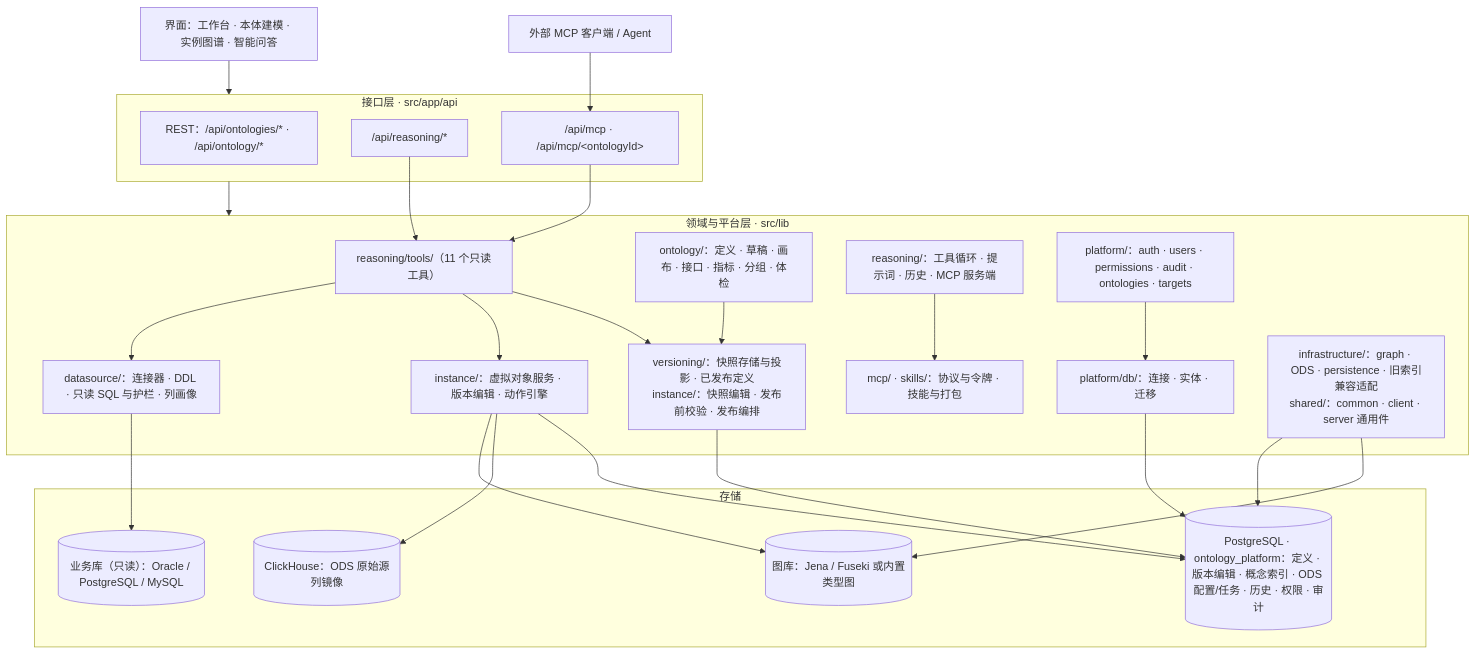
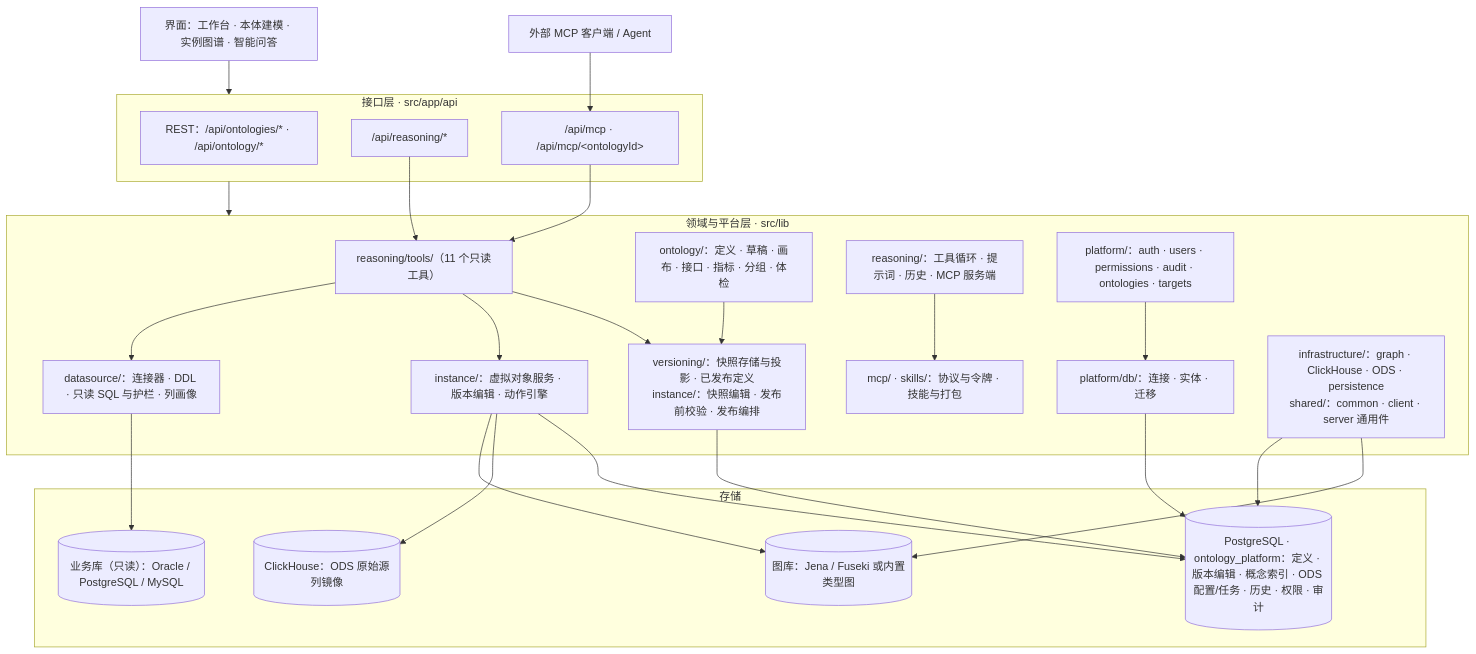
The second of 2 diagrams in README.md (shell-nlp/ontology_management), drawn with Mermaid before and after one commit. The commit also changed other lines of this file and 76 other files, not shown here.

````diff
--- a/README.md
+++ b/README.md
@@ -796,51 +793,51 @@
 ```mermaid
 flowchart TB
   UI["界面：工作台 · 本体建模 · 实例图谱 · 智能问答"]
   EXT["外部 MCP 客户端 / Agent"]
 
   subgraph L_API["接口层 · src/app/api"]
     REST["REST：/api/ontologies/* · /api/ontology/*"]
     RUN["/api/reasoning/*"]
     MCPE["/api/mcp · /api/mcp/&lt;ontologyId&gt;"]
   end
 
   subgraph L_DOMAIN["领域与平台层 · src/lib"]
     TOOLS["reasoning/tools/（11 个只读工具）"]
     ONTO["ontology/：定义 · 草稿 · 画布 · 接口 · 指标 · 分组 · 体检"]
     VER["versioning/：快照存储与投影 · 已发布定义<br/>instance/：快照编辑 · 发布前校验 · 发布编排"]
     INST["instance/：虚拟对象服务 · 版本编辑 · 动作引擎"]
     DS["datasource/：连接器 · DDL · 只读 SQL 与护栏 · 列画像"]
     REA["reasoning/：工具循环 · 提示词 · 历史 · MCP 服务端"]
     MS["mcp/ · skills/：协议与令牌 · 技能与打包"]
     PLAT["platform/：auth · users · permissions · audit · ontologies · targets"]
     DBM["platform/db/：连接 · 实体 · 迁移"]
-    INFRA["infrastructure/：graph · ODS · persistence · 旧索引兼容适配<br/>shared/：common · client · server 通用件"]
+    INFRA["infrastructure/：graph · ClickHouse · ODS · persistence<br/>shared/：common · client · server 通用件"]
   end
 
   subgraph L_STORE["存储"]
     PG[("PostgreSQL · ontology_platform：定义 · 版本编辑 · 概念索引 · ODS 配置/任务 · 历史 · 权限 · 审计")]
     ODS[("ClickHouse：ODS 原始源列镜像")]
     GRAPH[("图库：Jena / Fuseki 或内置类型图")]
     BIZ[("业务库（只读）：Oracle / PostgreSQL / MySQL")]
   end
 
   UI --> L_API
   EXT --> MCPE
   L_API --> L_DOMAIN
   RUN --> TOOLS
   MCPE --> TOOLS
   TOOLS --> VER
   TOOLS --> INST
   TOOLS --> DS
   ONTO --> VER
   VER --> PG
   INST --> PG
   INST --> ODS
   INST --> GRAPH
   DS --> BIZ
   PLAT --> DBM
   DBM --> PG
   INFRA --> GRAPH
   INFRA --> PG
   REA --> MS
 ```
````
